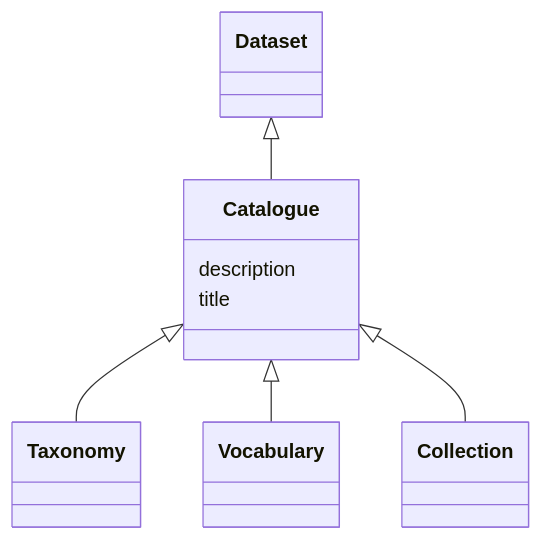
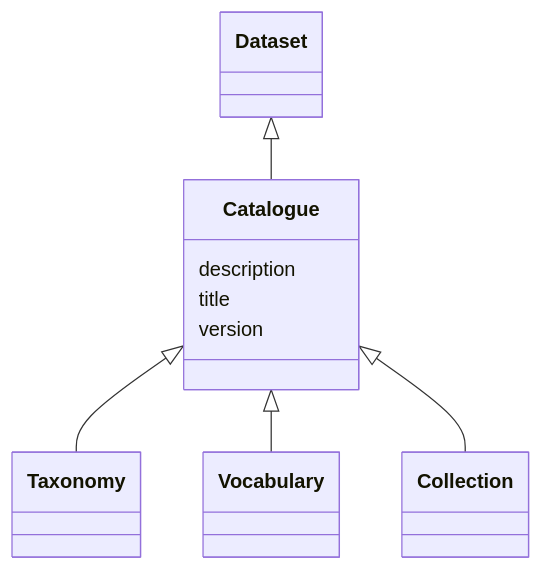
Before and after one commit to EVORA-project/evora-ontology: the diagram in models/docs/Catalogue.md, drawn with Mermaid. The commit also changed other lines of this file and 650 other files, not shown here.

````diff
--- a/models/docs/Catalogue.md
+++ b/models/docs/Catalogue.md
@@ -21,22 +21,24 @@
 ```mermaid
  classDiagram
     class Catalogue
     click Catalogue href "../Catalogue"
       Dataset <|-- Catalogue
         click Dataset href "../Dataset"
       
 
       Catalogue <|-- Taxonomy
         click Taxonomy href "../Taxonomy"
       Catalogue <|-- Vocabulary
         click Vocabulary href "../Vocabulary"
       Catalogue <|-- Collection
         click Collection href "../Collection"
       
       
       Catalogue : description
         
       Catalogue : title
         
+      Catalogue : version
+        
       
 ```
````
